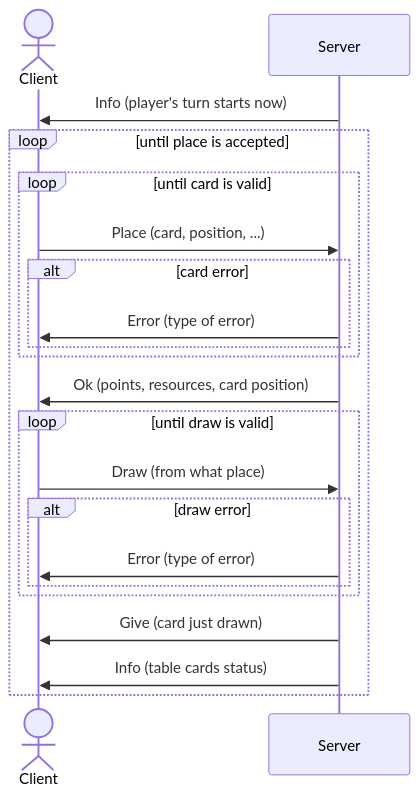
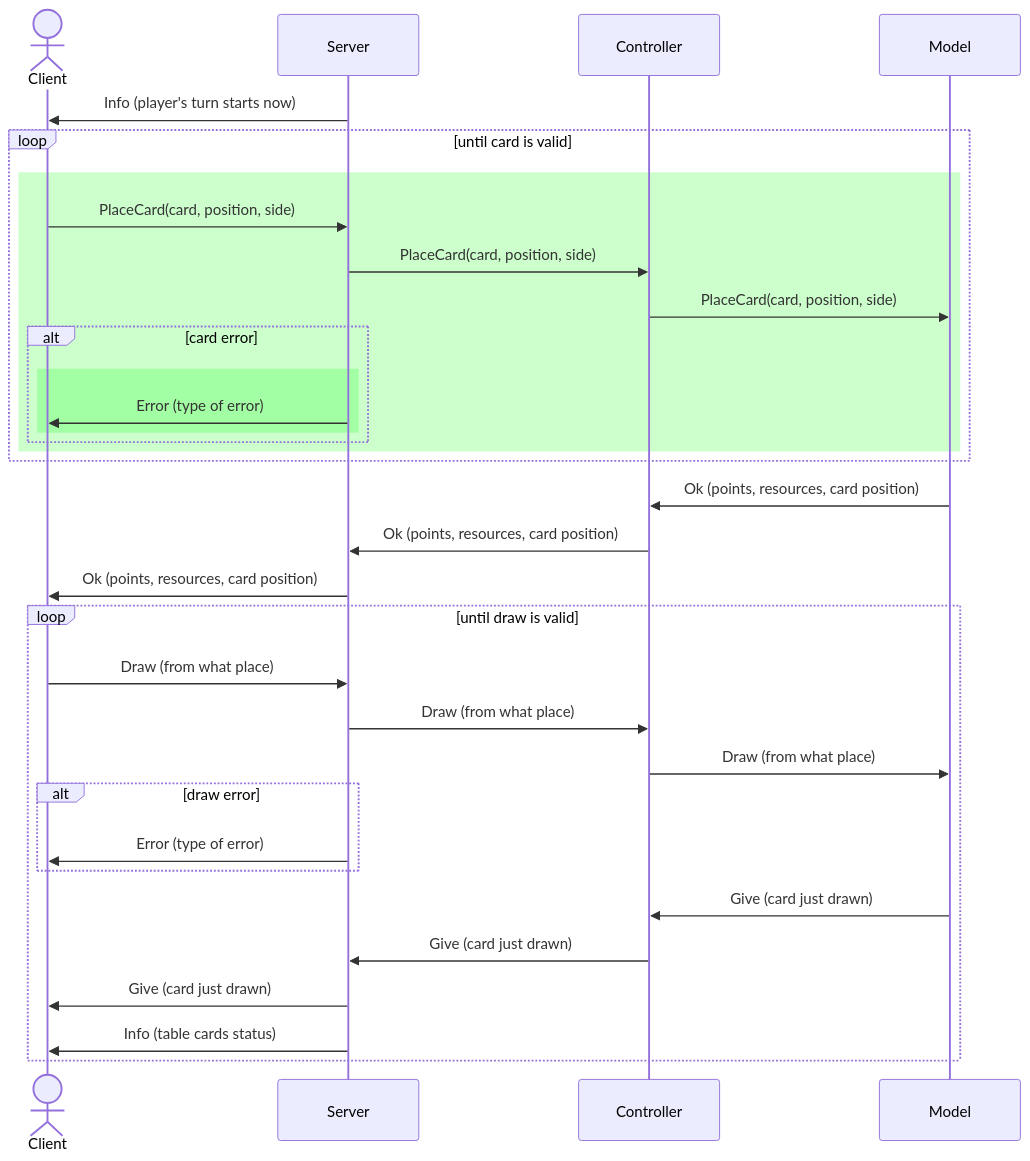
The third of 4 diagrams in deliverables/connection-serius.md (TheCaptainCraken/IS24-AM26), drawn with Mermaid before and after one commit. The commit also changed other lines of this file, not shown here.

Commit message:
update of uml

````diff
--- a/deliverables/connection-serius.md
+++ b/deliverables/connection-serius.md
@@ -63,22 +84,38 @@
 ```mermaid
 sequenceDiagram
     actor Client
+    participant Server
+    participant Controller
+    participant Model
     Server ->> Client: Info (player's turn starts now)
-    loop until place is accepted
-        loop until card is valid 
-        Client ->> Server: Place (card, position, ...)
-        alt card error
-            Server ->> Client: Error (type of error)
+   
+        loop until card is valid
+        rect rgba(0, 255, 0, 0.2)
+        Client ->> Server: PlaceCard(card, position, side)
+        Server ->> Controller: PlaceCard(card, position, side)
+        Controller ->> Model: PlaceCard(card, position, side)
+            alt card error
+                rect rgba(0, 255, 0, 0.2)
+                Server ->> Client: Error (type of error)
+                end 
+            end
         end
+        
         end
+        Model ->> Controller: Ok (points, resources, card position)
+        Controller ->> Server: Ok (points, resources, card position)
         Server ->> Client: Ok (points, resources, card position)
         loop until draw is valid 
             Client ->> Server: Draw (from what place)
+            Server ->> Controller: Draw (from what place)
+            Controller ->> Model: Draw (from what place)
             alt draw error
                 Server ->> Client: Error (type of error)
             end
+        Model ->> Controller: Give (card just drawn)
+        Controller ->> Server: Give (card just drawn)
+        Server ->> Client: Give (card just drawn)
+        Server ->> Client: Info (table cards status)
         end
-            Server ->> Client: Give (card just drawn)
-        Server ->> Client: Info (table cards status)
-    end 
+     
 ```
````
